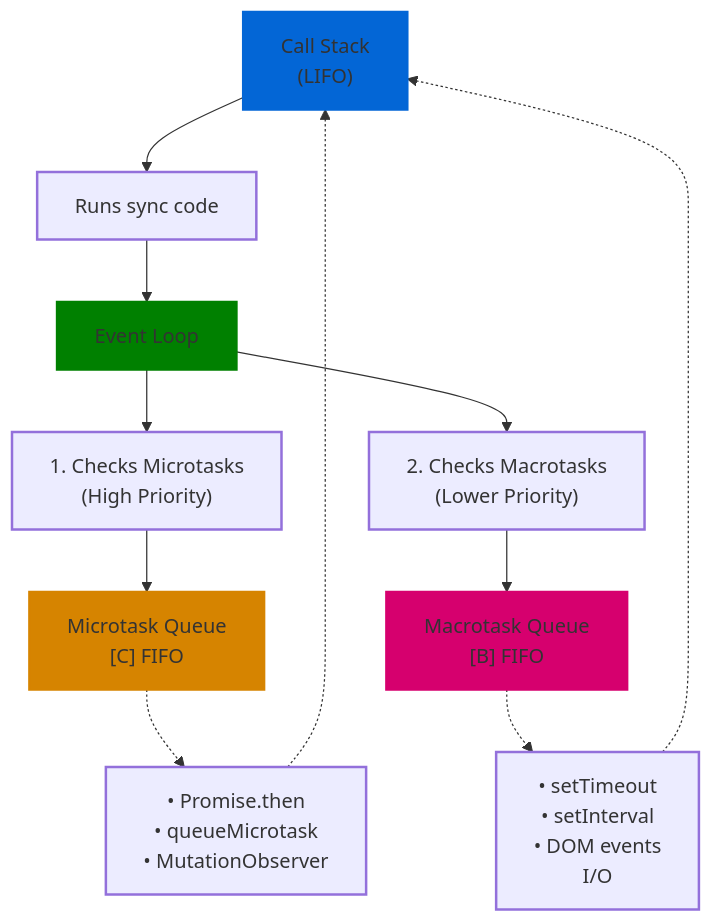
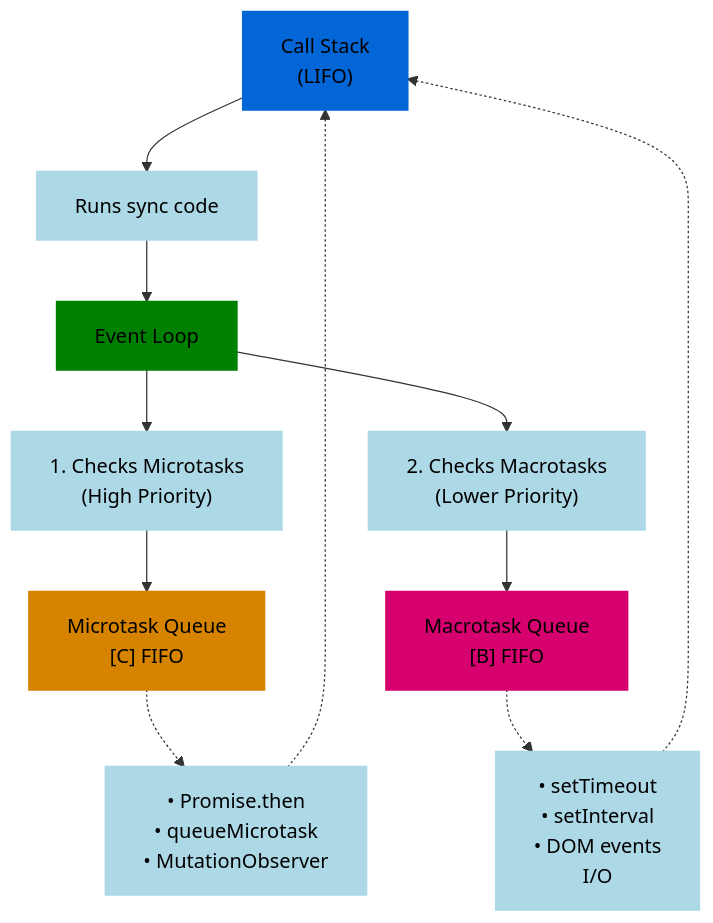
One commit to g-h-0-S-t/JavaScript-Interview changed the diagram in README.md. Above: the diagram before and after it, drawn with Mermaid.

````diff
--- a/README.md
+++ b/README.md
@@ -255,36 +255,36 @@
 ```mermaid
 ---
 config:
   layout: dagre
   look: classic
   theme: light
 ---
 graph TB
     CallStack["Call Stack<br/>(LIFO)"]
     EventLoop["Event Loop"]
     MicroQueue["Microtask Queue<br/>[C] FIFO"]
     MacroQueue["Macrotask Queue<br/>[B] FIFO"]
 
     ProcessBlock1["Runs sync code"]
     ProcessBlock2["1. Checks Microtasks<br/>(High Priority)"]
     ProcessBlock3["2. Checks Macrotasks<br/>(Lower Priority)"]
     ProcessBlock4["• Promise.then<br/>• queueMicrotask<br/>• MutationObserver"]
     ProcessBlock5["• setTimeout<br/>• setInterval<br/>• DOM events<br/>I/O"]
     
     CallStack --> ProcessBlock1 --> EventLoop
     EventLoop --> ProcessBlock2 --> MicroQueue
     EventLoop --> ProcessBlock3 --> MacroQueue
     
     MicroQueue -.-> ProcessBlock4 -.-> CallStack
     MacroQueue -.-> ProcessBlock5 -.-> CallStack
     
-    style CallStack fill:#0366d6,stroke:#0366d6,stroke-width:2px
-    style MicroQueue fill:#d68400,stroke:#d68400,stroke-width:2px
-    style MacroQueue fill:#d6006e,stroke:#d6006e,stroke-width:2px
-    style EventLoop fill:green,stroke:green,stroke-width:2px
-    style ProcessBlock1 fill:light-blue,stroke:light-blue,stroke-width:2px
-    style ProcessBlock2 fill:light-blue,stroke:light-blue,stroke-width:2px
-    style ProcessBlock3 fill:light-blue,stroke:light-blue,stroke-width:2px
-    style ProcessBlock4 fill:light-blue,stroke:light-blue,stroke-width:2px
-    style ProcessBlock5 fill:light-blue,stroke:light-blue,stroke-width:2px
+    style CallStack fill:#0366d6,stroke:#0366d6,stroke-width:2px,color:#000
+    style MicroQueue fill:#d68400,stroke:#d68400,stroke-width:2px,color:#000
+    style MacroQueue fill:#d6006e,stroke:#d6006e,stroke-width:2px,color:#000
+    style EventLoop fill:green,stroke:green,stroke-width:2px,color:#000
+    style ProcessBlock1 fill:#ADD8E6,stroke:#ADD8E6,stroke-width:2px,color:#000
+    style ProcessBlock2 fill:#ADD8E6,stroke:#ADD8E6,stroke-width:2px,color:#000
+    style ProcessBlock3 fill:#ADD8E6,stroke:#ADD8E6,stroke-width:2px,color:#000
+    style ProcessBlock4 fill:#ADD8E6,stroke:#ADD8E6,stroke-width:2px,color:#000
+    style ProcessBlock5 fill:#ADD8E6,stroke:#ADD8E6,stroke-width:2px,color:#000
 ```
````
